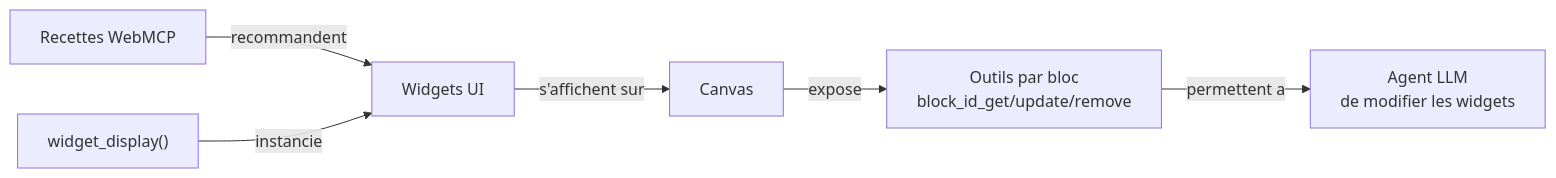
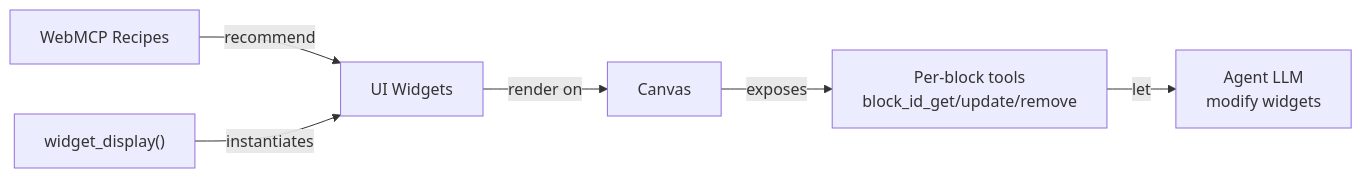
Before and after one commit to jeanbaptiste/webmcp-auto-ui: the second of 2 diagrams in docs/starlight/src/content/docs/concepts/ui-widgets.md, drawn with Mermaid. The commit also changed other lines of this file and 94 other files, not shown here.

````diff
--- a/docs/starlight/src/content/docs/concepts/ui-widgets.md
+++ b/docs/starlight/src/content/docs/concepts/ui-widgets.md
@@ -514,8 +514,8 @@
 ```mermaid
 graph LR
-    R["Recettes WebMCP"] -->|recommandent| W["Widgets UI"]
-    CT["widget_display()"] -->|instancie| W
-    W -->|s'affichent sur| C["Canvas"]
-    C -->|expose| T["Outils par bloc<br/>block_id_get/update/remove"]
-    T -->|permettent a| LLM["Agent LLM<br/>de modifier les widgets"]
+    R["WebMCP Recipes"] -->|recommend| W["UI Widgets"]
+    CT["widget_display()"] -->|instantiates| W
+    W -->|render on| C["Canvas"]
+    C -->|exposes| T["Per-block tools<br/>block_id_get/update/remove"]
+    T -->|let| LLM["Agent LLM<br/>modify widgets"]
 ```
````
